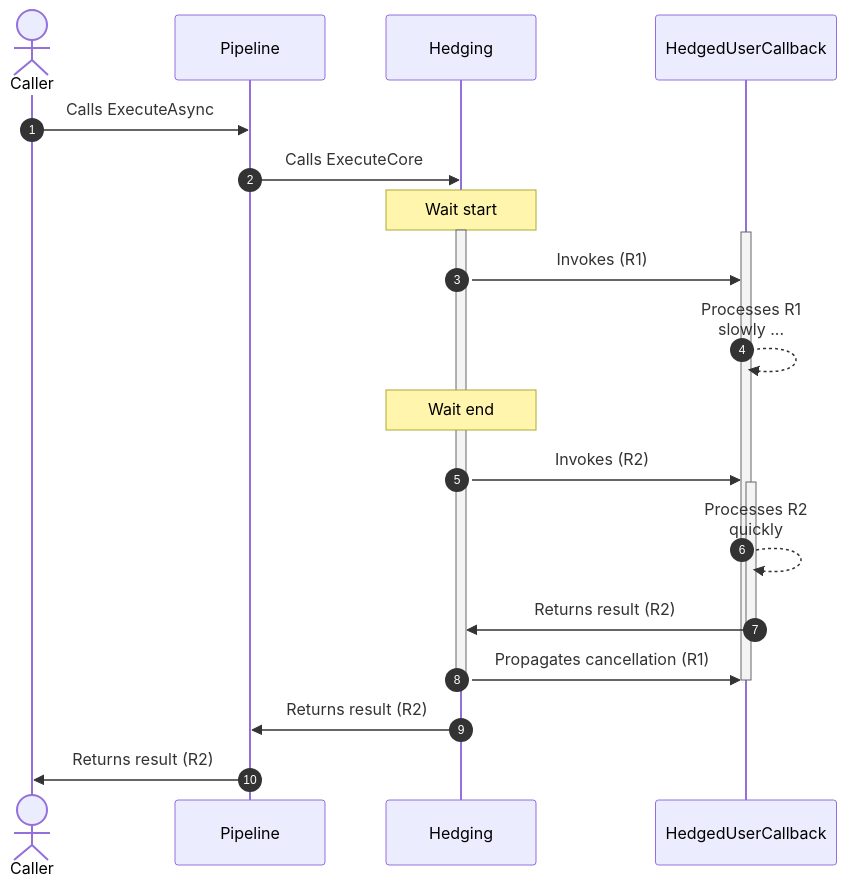
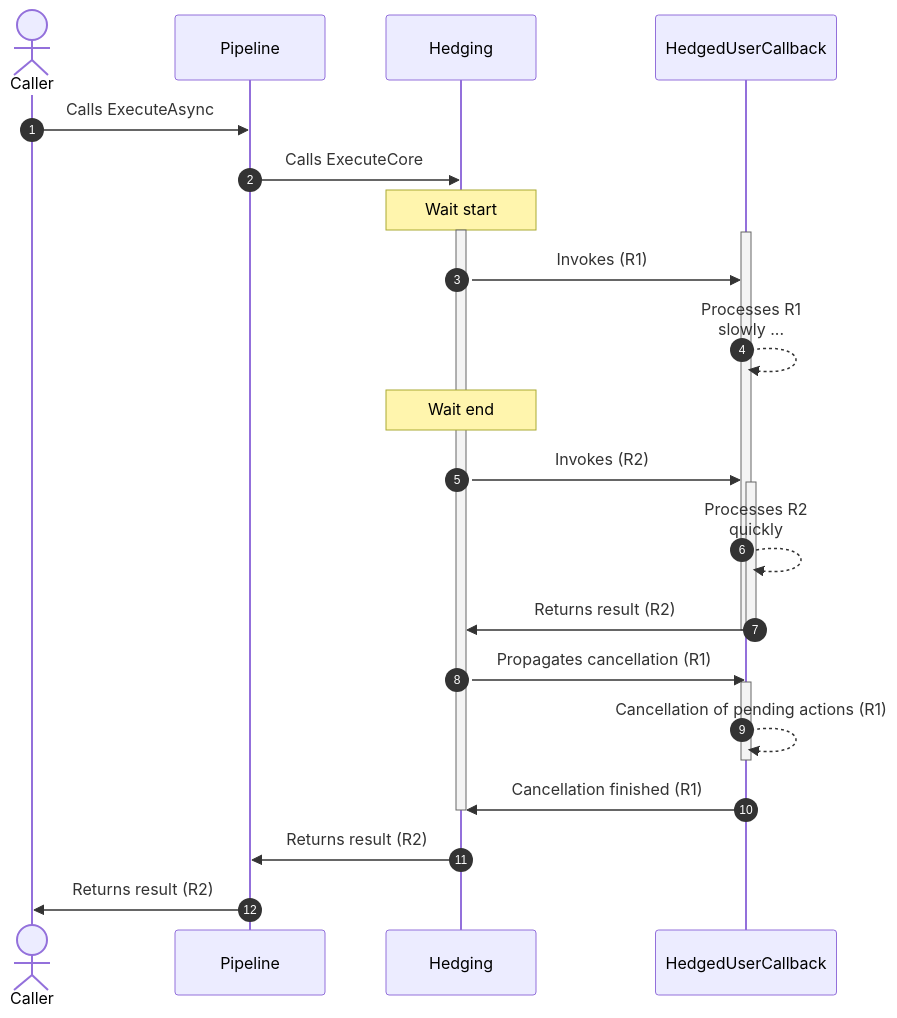
One commit to App-vNext/Polly changed the second of 10 diagrams in docs/strategies/hedging.md. Above: the diagram before and after it, drawn with Mermaid. The commit also changed other lines of this file and 2 other files, not shown here.

Commit message:
[Docs] Improve diagrams for hedging cancellation (#1975)

````diff
--- a/docs/strategies/hedging.md
+++ b/docs/strategies/hedging.md
@@ -124,30 +124,36 @@
 ```mermaid
 sequenceDiagram
     autonumber
     actor C as Caller
     participant P as Pipeline
     participant H as Hedging
     participant D as HedgedUserCallback
 
     C->>P: Calls ExecuteAsync
     P->>H: Calls ExecuteCore
     Note over H: Wait start
 
     activate H
     activate D
     H->>D: Invokes (R1)
     D-->>D: Processes R1<br/> slowly ...
     Note over H: Wait end
 
     H->>D: Invokes (R2)
     activate D
     D-->>D: Processes R2<br/> quickly
     D->>H: Returns result (R2)
     deactivate D
+    deactivate D
+
     H->>D: Propagates cancellation (R1)
+    activate D
+    D-->>D: Cancellation of pending actions (R1)
+    deactivate D
+    D->>H: Cancellation finished (R1)
+
     deactivate H
 
-    deactivate D
     H->>P: Returns result (R2)
     P->>C: Returns result (R2)
 ```
````
